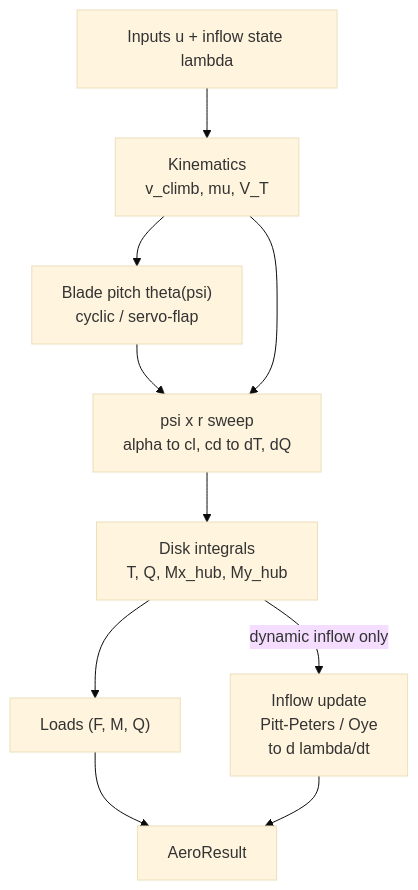
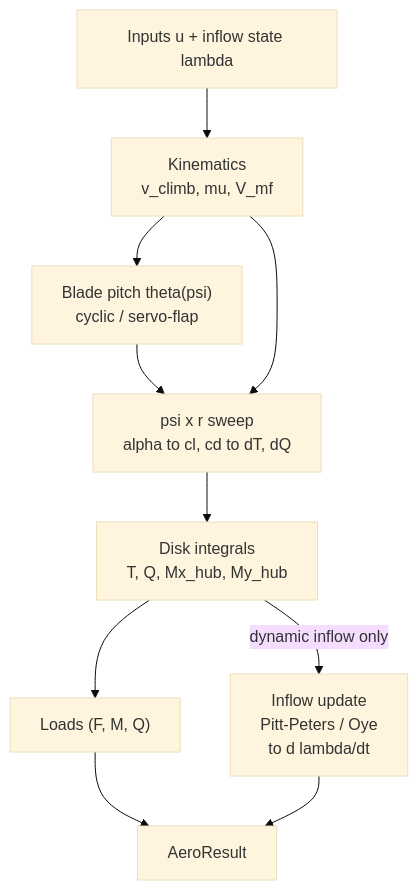
One commit to mcroomp/dynbem changed the diagram in MODEL.md. Above: the diagram before and after it, drawn with Mermaid (base theme). The commit also changed other lines of this file and 6 other files, not shown here.

First line of the commit message:
refactor: rename mass-flow V_T to v_mass_flow and quasi-static lambda_c to lambda_climb for expert clarity

````diff
--- a/MODEL.md
+++ b/MODEL.md
@@ -18,17 +18,17 @@
 ```mermaid
 flowchart TD
     IN["Inputs u + inflow state lambda"]
 
-    IN --> KIN["Kinematics<br/>v_climb, mu, V_T"]
+    IN --> KIN["Kinematics<br/>v_climb, mu, V_mf"]
     KIN --> PITCH["Blade pitch theta(psi)<br/>cyclic / servo-flap"]
 
     PITCH --> SWEEP["psi x r sweep<br/>alpha to cl, cd to dT, dQ"]
     KIN --> SWEEP
     SWEEP --> INTEG["Disk integrals<br/>T, Q, Mx_hub, My_hub"]
 
     INTEG --> LOADS["Loads (F, M, Q)"]
     INTEG -- "dynamic inflow only" --> DERIV["Inflow update<br/>Pitt-Peters / Oye<br/>to d lambda/dt"]
 
     LOADS --> OUT["AeroResult"]
     DERIV --> OUT
 ```
````
